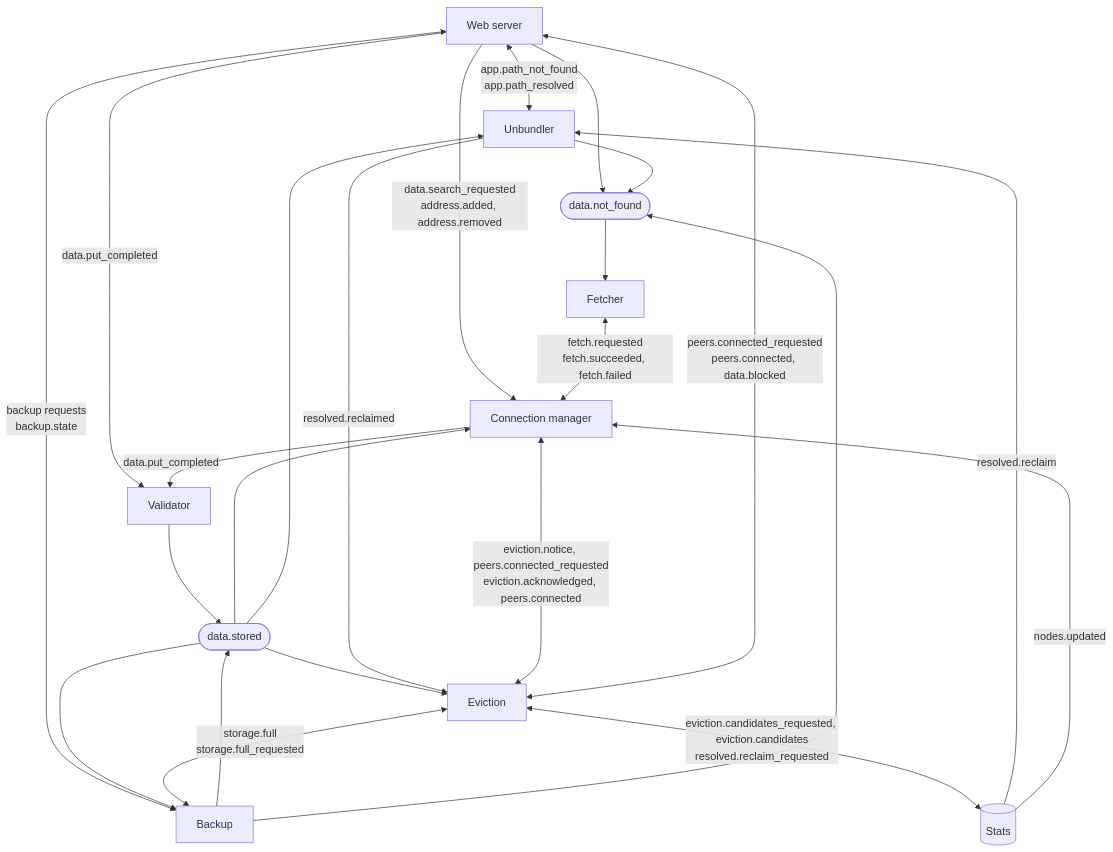
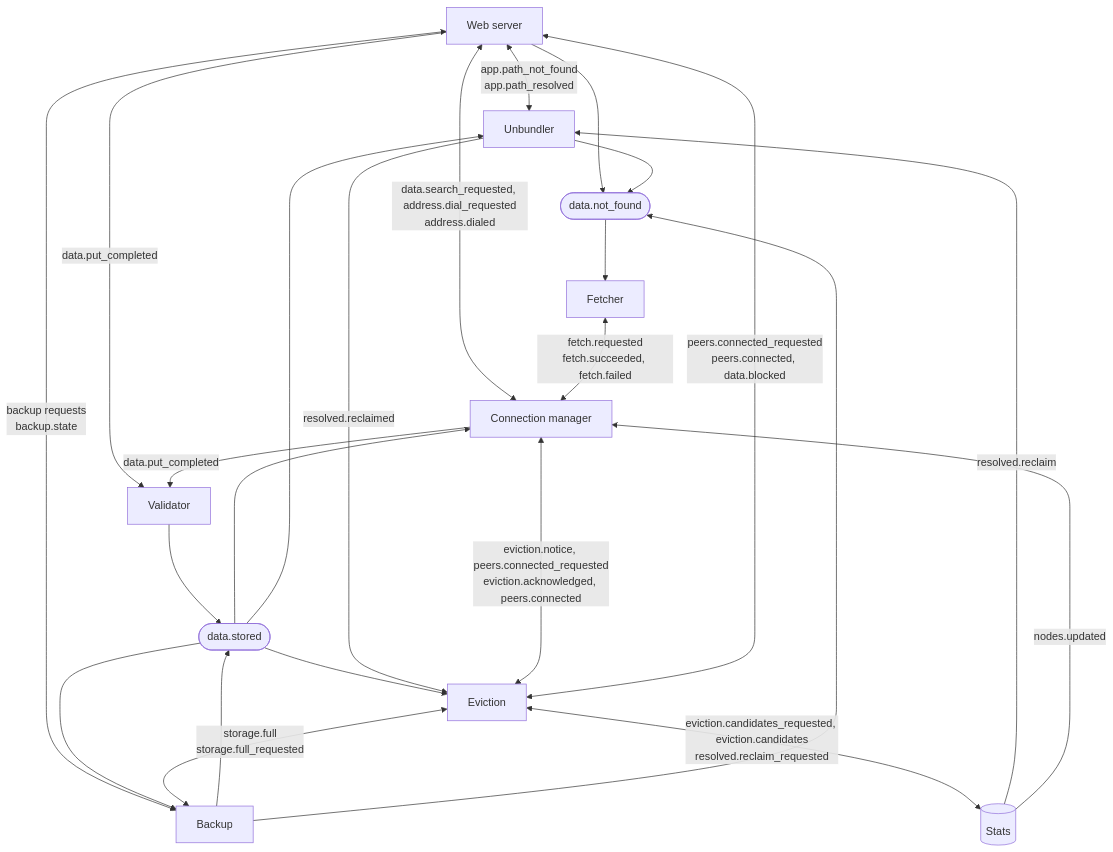
One commit to marcpage/libranet changed the eighth of 13 diagrams in docs/implementation/Module System.md. Above: the diagram before and after it, drawn with Mermaid. The commit also changed other lines of this file and 27 other files, not shown here.

````diff
--- a/docs/implementation/Module System.md
+++ b/docs/implementation/Module System.md
@@ -982,37 +982,37 @@
 ```mermaid
 flowchart TB
     web["Web server"]
     unb["Unbundler"]
     backup["Backup"]
     val["Validator"]
     fetch["Fetcher"]
     conn["Connection manager"]
     evict["Eviction"]
     stats[("Stats")]
     stored(["data.stored"])
     missing(["data.not_found"])
 
     web <-->|"app.path_not_found<br/>app.path_resolved"| unb
     web <-->|"backup requests<br/>backup.state"| backup
     web -->|"data.put_completed"| val
-    web -->|"data.search_requested<br/>address.added, address.removed"| conn
+    web <-->|"data.search_requested, address.dial_requested<br/>address.dialed"| conn
     conn -->|"data.put_completed"| val
     val --> stored
     backup --> stored
     stored --> conn
     stored --> evict
     stored --> backup
     stored --> unb
     web --> missing
     unb --> missing
     backup --> missing
     missing --> fetch
     fetch <-->|"fetch.requested<br/>fetch.succeeded, fetch.failed"| conn
     evict <-->|"eviction.notice, peers.connected_requested<br/>eviction.acknowledged, peers.connected"| conn
     evict <-->|"peers.connected_requested<br/>peers.connected, data.blocked"| web
     evict <-->|"storage.full<br/>storage.full_requested"| backup
     evict <-->|"eviction.candidates_requested, eviction.candidates<br/>resolved.reclaim_requested"| stats
     stats -->|"resolved.reclaim"| unb
     unb -->|"resolved.reclaimed"| evict
     stats -->|"nodes.updated"| conn
 ```
````
